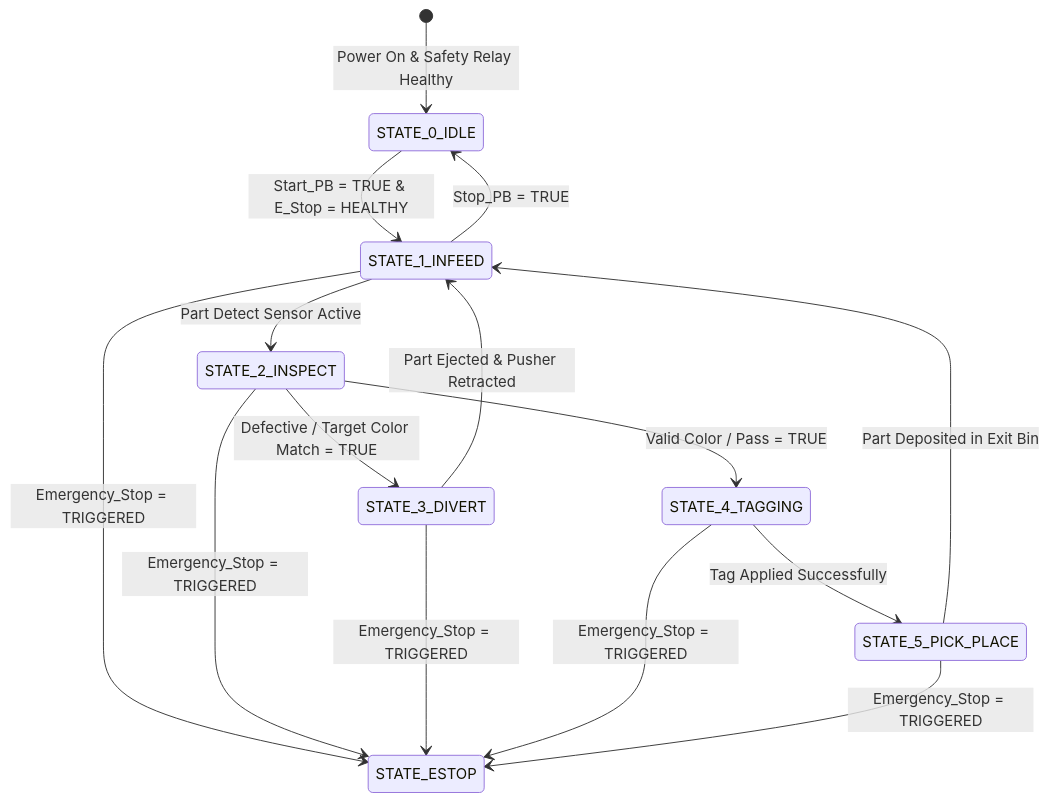
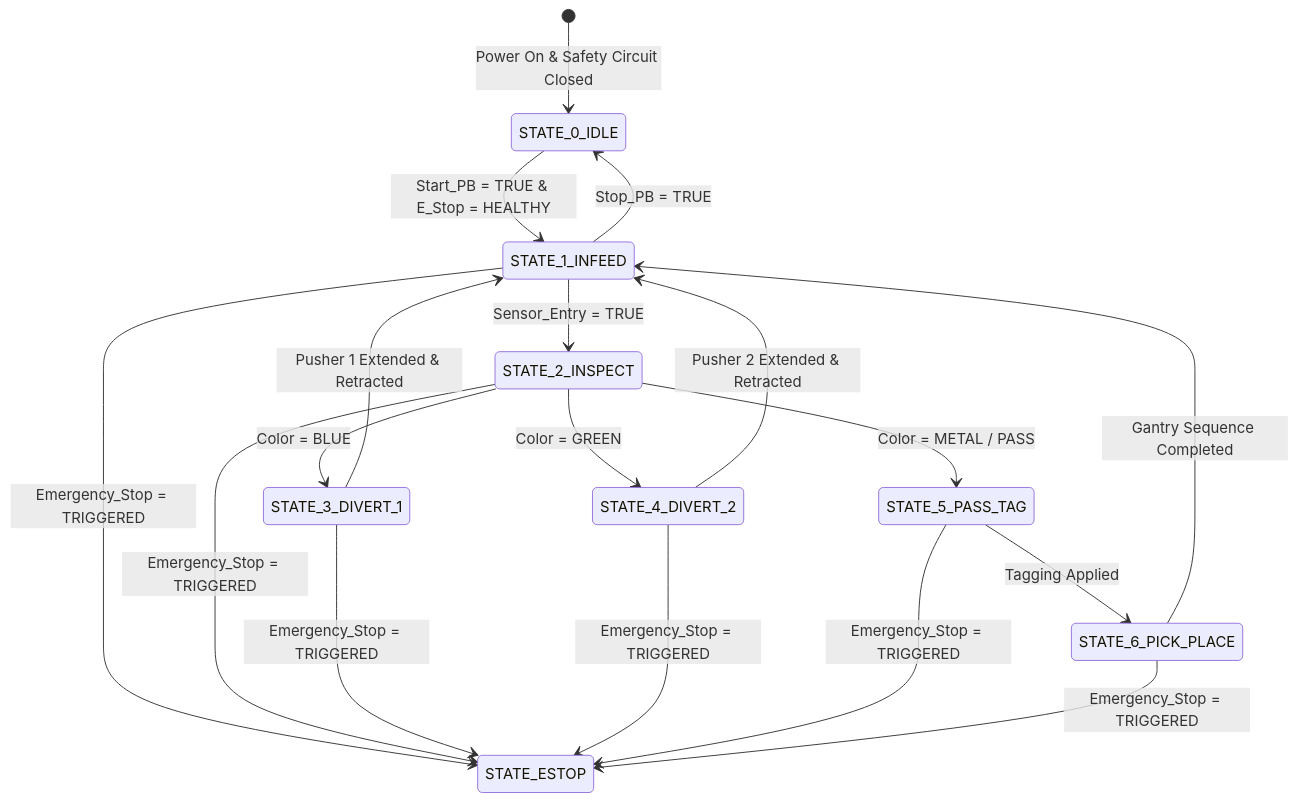
One commit to Hassan-Moqbel/arduino-color-sorting-robotic-arm changed the second of 2 diagrams in README.md. Above: the diagram before and after it, drawn with Mermaid.

Commit message:
docs(grafcet): update state machine with discrete Blue/Green sorting logic

````diff
--- a/README.md
+++ b/README.md
@@ -140,22 +140,25 @@
 ```mermaid
 stateDiagram-v2
-    [*] --> STATE_0_IDLE : Power On & Safety Relay Healthy
+    [*] --> STATE_0_IDLE : Power On & Safety Circuit Closed
 
     STATE_0_IDLE --> STATE_1_INFEED : Start_PB = TRUE & E_Stop = HEALTHY
-    STATE_1_INFEED --> STATE_2_INSPECT : Part Detect Sensor Active
+    STATE_1_INFEED --> STATE_2_INSPECT : Sensor_Entry = TRUE
 
-    STATE_2_INSPECT --> STATE_3_DIVERT : Defective / Target Color Match = TRUE
-    STATE_2_INSPECT --> STATE_4_TAGGING : Valid Color / Pass = TRUE
+    STATE_2_INSPECT --> STATE_3_DIVERT_1 : Color = BLUE
+    STATE_2_INSPECT --> STATE_4_DIVERT_2 : Color = GREEN
+    STATE_2_INSPECT --> STATE_5_PASS_TAG : Color = METAL / PASS
 
-    STATE_3_DIVERT --> STATE_1_INFEED : Part Ejected & Pusher Retracted
-    STATE_4_TAGGING --> STATE_5_PICK_PLACE : Tag Applied Successfully
+    STATE_3_DIVERT_1 --> STATE_1_INFEED : Pusher 1 Extended & Retracted
+    STATE_4_DIVERT_2 --> STATE_1_INFEED : Pusher 2 Extended & Retracted
+    STATE_5_PASS_TAG --> STATE_6_PICK_PLACE : Tagging Applied
 
-    STATE_5_PICK_PLACE --> STATE_1_INFEED : Part Deposited in Exit Bin
+    STATE_6_PICK_PLACE --> STATE_1_INFEED : Gantry Sequence Completed
     STATE_1_INFEED --> STATE_0_IDLE : Stop_PB = TRUE
-    
+
     STATE_1_INFEED --> STATE_ESTOP : Emergency_Stop = TRIGGERED
     STATE_2_INSPECT --> STATE_ESTOP : Emergency_Stop = TRIGGERED
-    STATE_3_DIVERT --> STATE_ESTOP : Emergency_Stop = TRIGGERED
-    STATE_4_TAGGING --> STATE_ESTOP : Emergency_Stop = TRIGGERED
-    STATE_5_PICK_PLACE --> STATE_ESTOP : Emergency_Stop = TRIGGERED
+    STATE_3_DIVERT_1 --> STATE_ESTOP : Emergency_Stop = TRIGGERED
+    STATE_4_DIVERT_2 --> STATE_ESTOP : Emergency_Stop = TRIGGERED
+    STATE_5_PASS_TAG --> STATE_ESTOP : Emergency_Stop = TRIGGERED
+    STATE_6_PICK_PLACE --> STATE_ESTOP : Emergency_Stop = TRIGGERED
 ```
````
